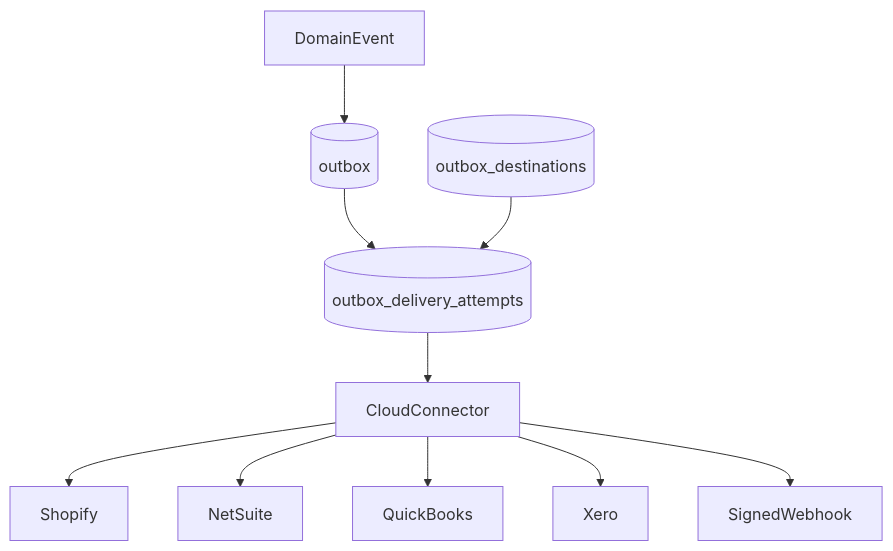
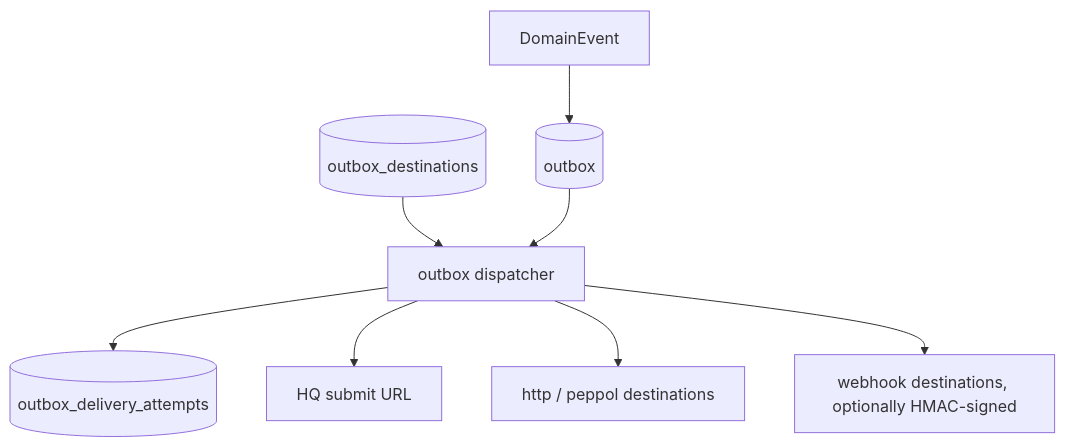
Diagram 29 of 45 in docs/architecture/README.md (AncientiCe/apex-edge), drawn with Mermaid before and after one commit. The commit also changed other lines of this file and 10 other files, not shown here.

````diff
--- a/docs/architecture/README.md
+++ b/docs/architecture/README.md
@@ -1028,12 +1015,10 @@
 ```mermaid
 flowchart TB
     DomainEvent[DomainEvent] --> Outbox[(outbox)]
-    Outbox --> Delivery[(outbox_delivery_attempts)]
-    Destinations[(outbox_destinations)] --> Delivery
-    Delivery --> Connector[CloudConnector]
-    Connector --> Shopify[Shopify]
-    Connector --> NetSuite[NetSuite]
-    Connector --> QuickBooks[QuickBooks]
-    Connector --> Xero[Xero]
-    Connector --> Webhook[SignedWebhook]
+    Destinations[(outbox_destinations)] --> Dispatcher[outbox dispatcher]
+    Outbox --> Dispatcher
+    Dispatcher --> Delivery[(outbox_delivery_attempts)]
+    Dispatcher --> HQ[HQ submit URL]
+    Dispatcher --> Http[http / peppol destinations]
+    Dispatcher --> Webhook[webhook destinations, optionally HMAC-signed]
 ```
````
